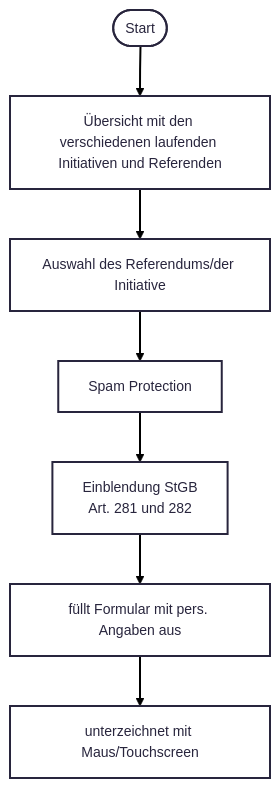
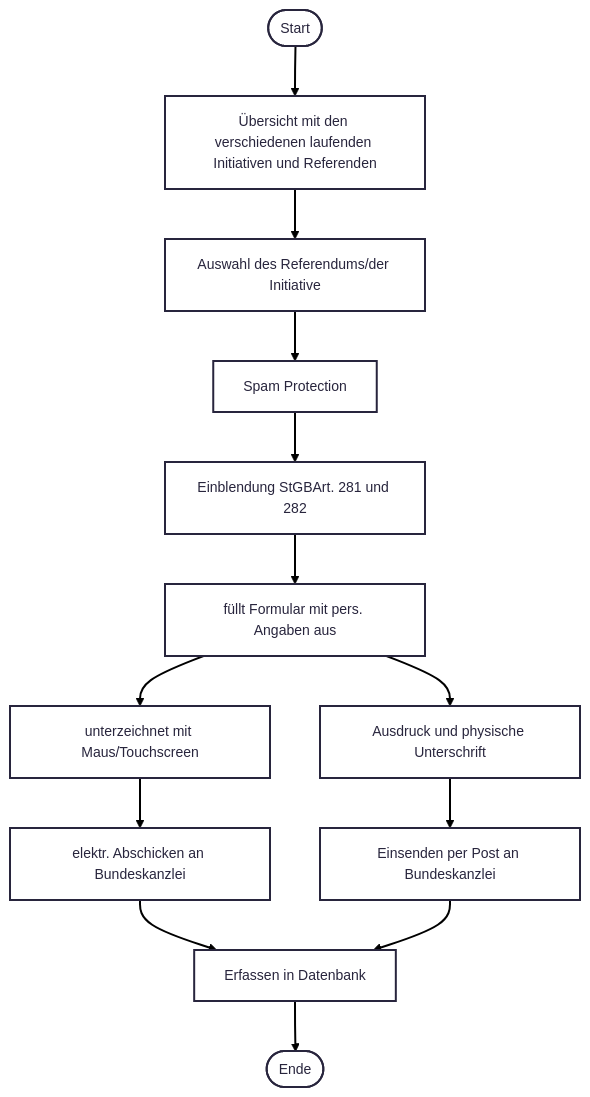
Before and after one commit to swiss/e-collecting-hackathon-team5: the second of 2 diagrams in README.md, drawn with Mermaid. The commit also changed other lines of this file, not shown here.

````diff
--- a/README.md
+++ b/README.md
@@ -58,18 +87,24 @@
 ```mermaid
 ---
 config:
   theme: redux
 ---
 flowchart TD
     A(["Start"]) --> n1["Übersicht mit den verschiedenen laufenden Initiativen und Referenden"]
     n1 --> n2@{ label: "<span style=\"color:\">Auswahl des Referendums/der Initiative</span><span style=\"forced-color-adjust:\"></span>" }
     n2 --> n3@{ label: "<span style=\"color:\">Spam Protection</span>" }
-    n3 --> n4@{ label: "<span style=\"color:\">Einblendung StGB</span><div style=\"forced-color-adjust:\">Art. 281 und 282</div>" }
+    n3 --> n4@{ label: "<span style=\"color:\">Einblendung StGB</span>Art. 281 und 282" }
     n4 --> n5@{ label: "<span style=\"color:\">füllt Formular mit pers. Angaben aus</span>" }
-    n5 --> n6@{ label: "<span style=\"color:\">unterzeichnet mit Maus/Touchscreen</span>" }
+    n5 --> n6@{ label: "<span style=\"color:\">unterzeichnet mit Maus/Touchscreen</span>" } & n7["Ausdruck und physische Unterschrift"]
+    n7 --> n8["Einsenden per Post an Bundeskanzlei"]
+    n6 --> n10["elektr. Abschicken an Bundeskanzlei"]
+    n10 --> n12["Erfassen in Datenbank"]
+    n12 --> n13(["Ende"])
+    n8 --> n12
     n2@{ shape: rect}
     n3@{ shape: rect}
     n4@{ shape: rect}
     n5@{ shape: rect}
     n6@{ shape: rect}
+
 ```
````
